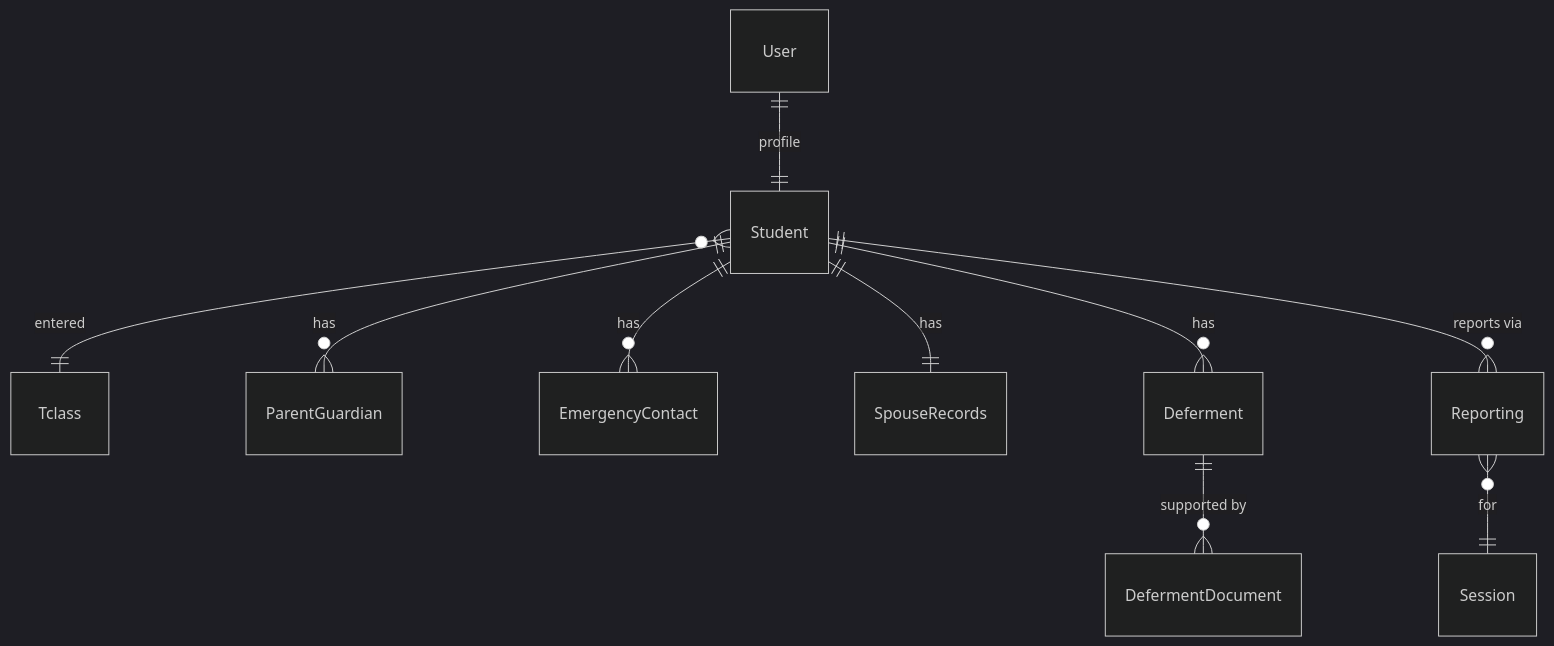
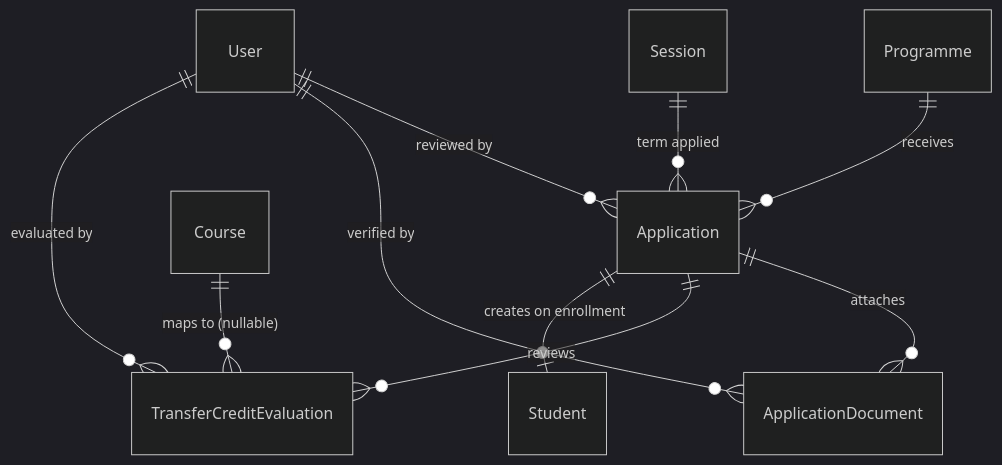
The third of 17 diagrams in docs/er-diagram.md (thelaughingbett/Naet), drawn with Mermaid (dark theme) before and after one commit. The commit also changed other lines of this file and 14 other files, not shown here.

````diff
--- a/docs/er-diagram.md
+++ b/docs/er-diagram.md
@@ -25,12 +53,13 @@
 ```mermaid
 erDiagram
-  User ||--|| Student : "profile"
-  Student }o--|| Tclass : "entered"
-  Student ||--o{ ParentGuardian : "has"
-  Student ||--o{ EmergencyContact : "has"
-  Student ||--|| SpouseRecords : "has"
-  Student ||--o{ Deferment : "has"
-  Deferment ||--o{ DefermentDocument : "supported by"
-  Student ||--o{ Reporting : "reports via"
-  Reporting }o--|| Session : "for"
+  direction TB
+  Programme ||--o{ Application : "receives"
+  Session ||--o{ Application : "term applied"
+  Application ||--o{ ApplicationDocument : "attaches"
+  Application ||--o{ TransferCreditEvaluation : "reviews"
+  Course ||--o{ TransferCreditEvaluation : "maps to (nullable)"
+  Application ||--o| Student : "creates on enrollment"
+  User ||--o{ Application : "reviewed by"
+  User ||--o{ ApplicationDocument : "verified by"
+  User ||--o{ TransferCreditEvaluation : "evaluated by"
 ```
````
